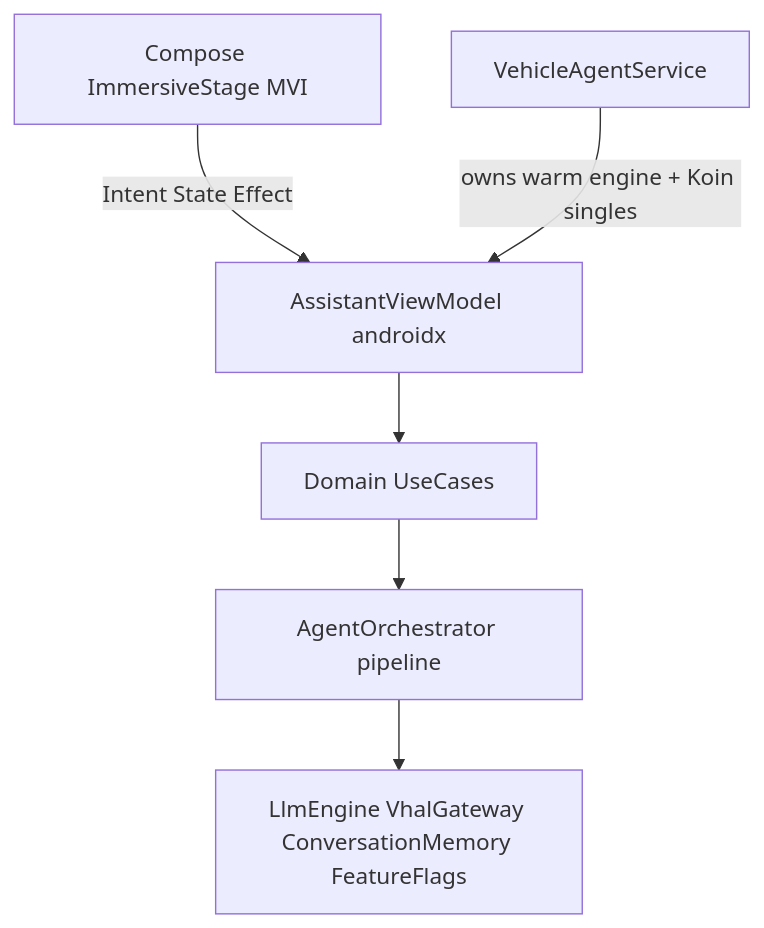
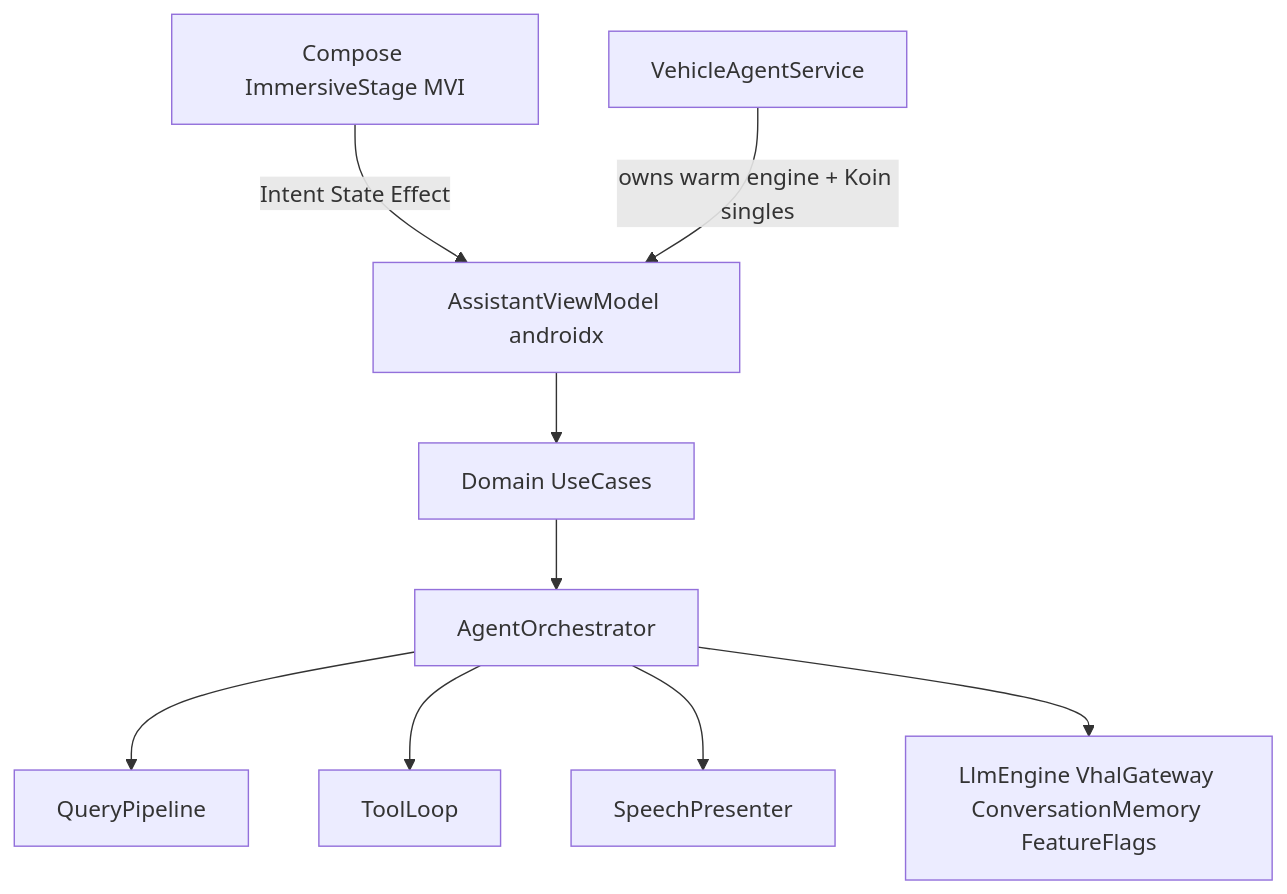
The diagram in ARCHITECTURE.md (hemangpandhi/ai-assistant), drawn with Mermaid before and after one commit. The commit also changed other lines of this file and 13 other files, not shown here.

````diff
--- a/ARCHITECTURE.md
+++ b/ARCHITECTURE.md
@@ -9,13 +11,20 @@
 ```mermaid
 flowchart TB
   UI[Compose ImmersiveStage MVI]
   VM[AssistantViewModel androidx]
   UC[Domain UseCases]
-  Orch[AgentOrchestrator pipeline]
+  Orch[AgentOrchestrator]
+  QP[QueryPipeline]
+  TL[ToolLoop]
+  SP[SpeechPresenter]
   Ports[LlmEngine VhalGateway ConversationMemory FeatureFlags]
   Warm[VehicleAgentService]
 
   UI -->|Intent State Effect| VM
-  VM --> UC --> Orch --> Ports
+  VM --> UC --> Orch
+  Orch --> QP
+  Orch --> TL
+  Orch --> SP
+  Orch --> Ports
   Warm -->|owns warm engine + Koin singles| VM
 ```
````
